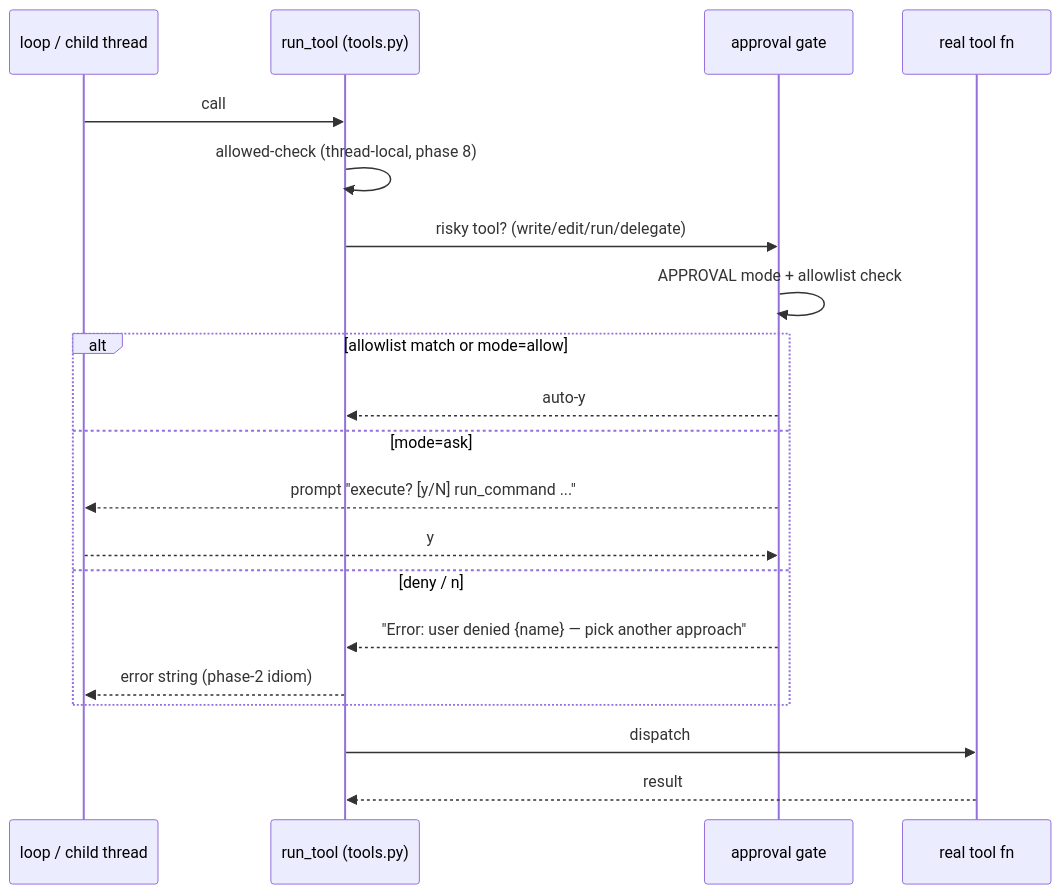
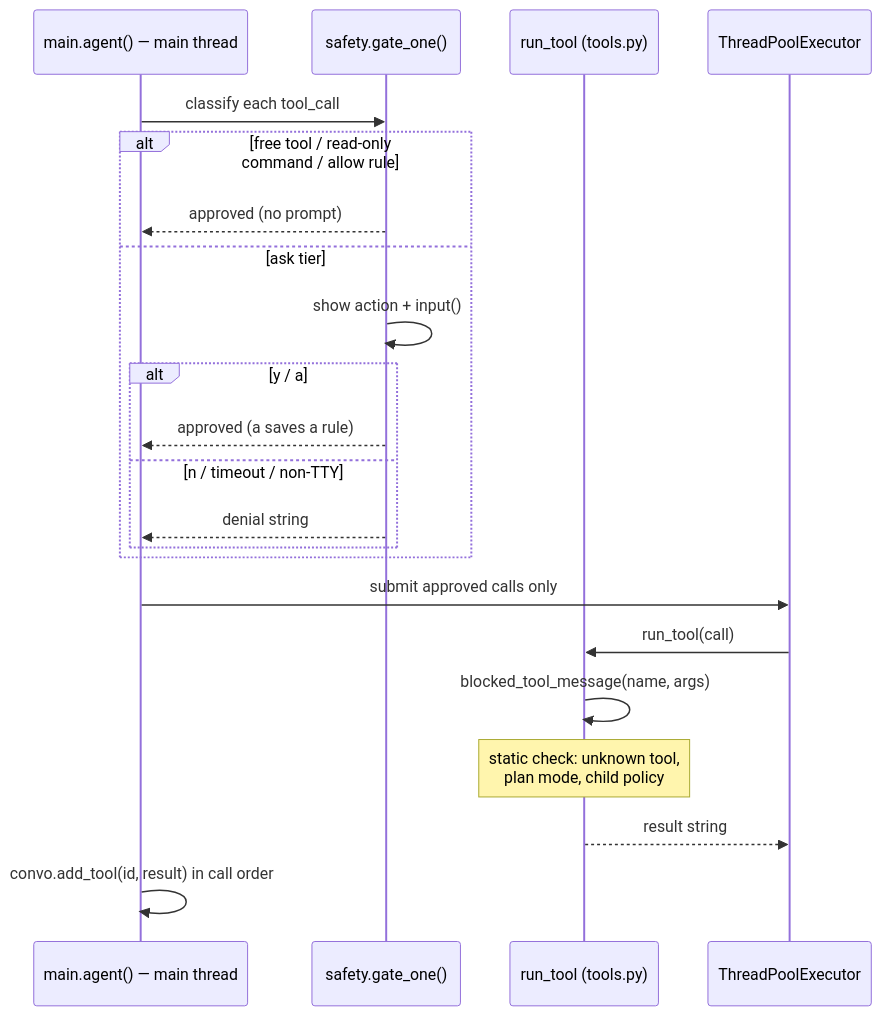
Before and after one commit to AsishKumarDalal/harness: the second of 2 diagrams in docs/phase_4.md, drawn with Mermaid. The commit also changed other lines of this file and 10 other files, not shown here.

````diff
--- a/docs/phase_4.md
+++ b/docs/phase_4.md
@@ -43,22 +51,25 @@
 ```mermaid
 sequenceDiagram
-    participant L as loop / child thread
+    participant L as main.agent() — main thread
+    participant G as safety.gate_one()
     participant RT as run_tool (tools.py)
-    participant G as approval gate
-    participant F as real tool fn
-    L->>RT: call
-    RT->>RT: allowed-check (thread-local, phase 8)
-    RT->>G: risky tool? (write/edit/run/delegate)
-    G->>G: APPROVAL mode + allowlist check
-    alt allowlist match or mode=allow
-        G-->>RT: auto-y
-    else mode=ask
-        G-->>L: prompt "execute? [y/N] run_command ..."
-        L-->>G: y
-    else deny / n
-        G-->>RT: "Error: user denied {name} — pick another approach"
-        RT-->>L: error string (phase-2 idiom)
+    participant P as ThreadPoolExecutor
+
+    L->>G: classify each tool_call
+    alt free tool / read-only command / allow rule
+        G-->>L: approved (no prompt)
+    else ask tier
+        G->>G: show action + input()
+        alt y / a
+            G-->>L: approved (a saves a rule)
+        else n / timeout / non-TTY
+            G-->>L: denial string
+        end
     end
-    RT->>F: dispatch
-    F-->>RT: result
+    L->>P: submit approved calls only
+    P->>RT: run_tool(call)
+    RT->>RT: blocked_tool_message(name, args)
+    Note over RT: static check: unknown tool,<br/>plan mode, child policy
+    RT-->>P: result string
+    L->>L: convo.add_tool(id, result) in call order
 ```
````
